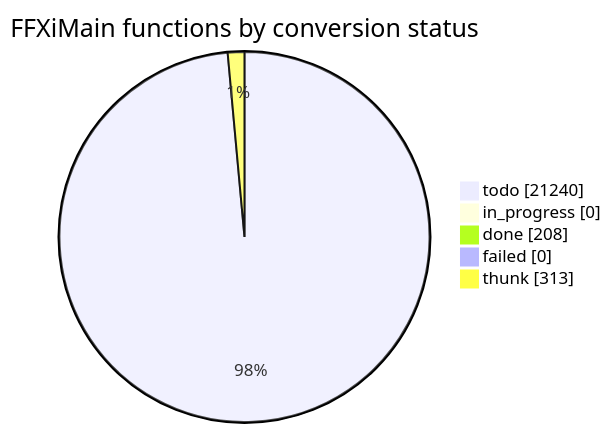
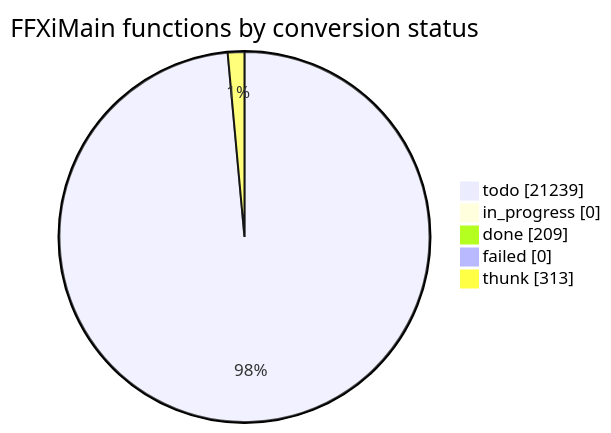
One commit to cowrevenge/cow_kuluu_xi_anything changed the diagram in docs/cow/STATUS.md. Above: the diagram before and after it, drawn with Mermaid. The commit also changed other lines of this file and 9 other files, not shown here.

````diff
--- a/docs/cow/STATUS.md
+++ b/docs/cow/STATUS.md
@@ -18,9 +18,9 @@
 ```mermaid
 pie showData
     title FFXiMain functions by conversion status
-    "todo" : 21240
+    "todo" : 21239
     "in_progress" : 0
-    "done" : 208
+    "done" : 209
     "failed" : 0
     "thunk" : 313
 ```
````
